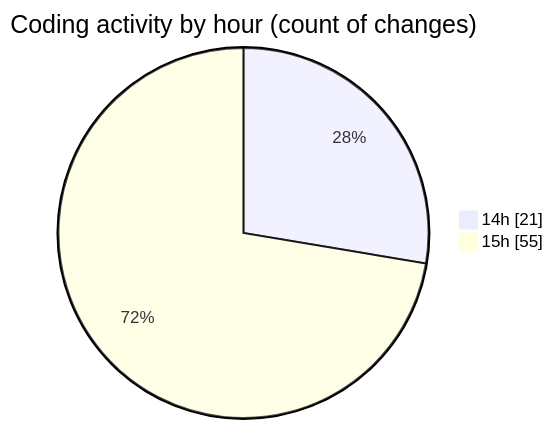
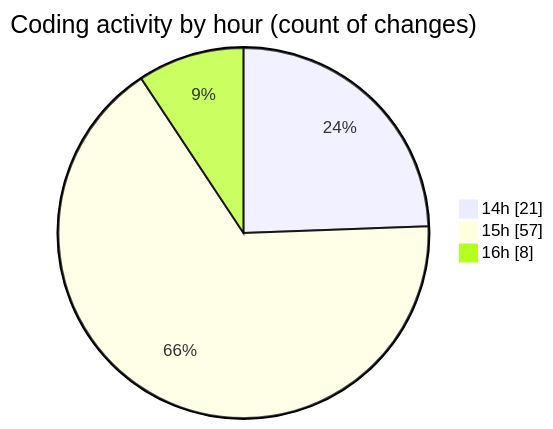
One commit to Ritupan-Deka/code-tracking changed the second of 2 diagrams in 2025-05-24/projects/README.md. Above: the diagram before and after it, drawn with Mermaid. The commit also changed other lines of this file and 1 other file, not shown here.

````diff
--- a/2025-05-24/projects/README.md
+++ b/2025-05-24/projects/README.md
@@ -33,6 +33,7 @@
 ```mermaid
 pie showData
 title Coding activity by hour (count of changes)
 "14h" : 21
-"15h" : 55
+"15h" : 57
+"16h" : 8
 ```
````
